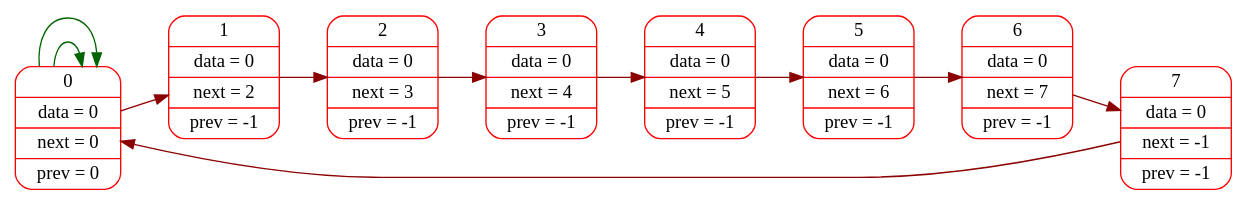
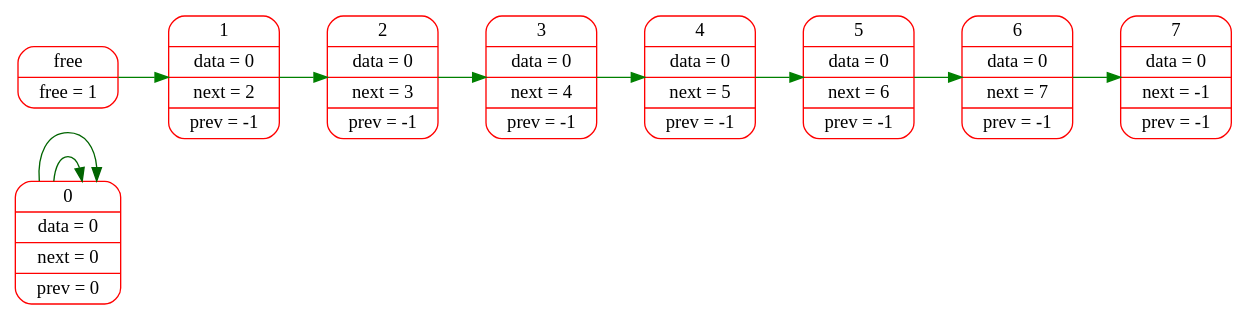
The diagram in logs/dot_files/000.dot (sevaphasol/list), drawn with Graphviz before and after one commit. The commit also changed 21 other files, not shown here.

```diff
--- a/logs/dot_files/000.dot
+++ b/logs/dot_files/000.dot
@@ -1,18 +1,19 @@
 digraph G{
 rankdir=LR;
 node[color="red",fontsize=14];
 elem0[shape="Mrecord", label="0 | data = 0 | next = 0 | prev = 0"];
-elem1[shape="Mrecord", label="1 | data = 0 | next = 2 | prev = -1"];
-elem2[shape="Mrecord", label="2 | data = 0 | next = 3 | prev = -1"];
-elem3[shape="Mrecord", label="3 | data = 0 | next = 4 | prev = -1"];
-elem4[shape="Mrecord", label="4 | data = 0 | next = 5 | prev = -1"];
-elem5[shape="Mrecord", label="5 | data = 0 | next = 6 | prev = -1"];
-elem6[shape="Mrecord", label="6 | data = 0 | next = 7 | prev = -1"];
-elem7[shape="Mrecord", label="7 | data = 0 | next = -1 | prev = -1"];
-edge[color="darkred",fontsize=12, penwidth=1, weight=1000];
-elem0->elem1->elem2->elem3->elem4->elem5->elem6->elem7->elem0;
 edge[color="darkgreen",fontsize=12, penwidth=1];
 elem0->elem0;
 edge[color="darkgreen",fontsize=12, penwidth=1];
 elem0->elem0;
+free[shape="Mrecord", label="free | free = 1"];
+free_elem1[shape="Mrecord", label="1 | data = 0 | next = 2 | prev = -1"];
+free_elem2[shape="Mrecord", label="2 | data = 0 | next = 3 | prev = -1"];
+free_elem3[shape="Mrecord", label="3 | data = 0 | next = 4 | prev = -1"];
+free_elem4[shape="Mrecord", label="4 | data = 0 | next = 5 | prev = -1"];
+free_elem5[shape="Mrecord", label="5 | data = 0 | next = 6 | prev = -1"];
+free_elem6[shape="Mrecord", label="6 | data = 0 | next = 7 | prev = -1"];
+free_elem7[shape="Mrecord", label="7 | data = 0 | next = -1 | prev = -1"];
+edge[color="green",fontsize=12, penwidth=1];
+free->free_elem1->free_elem2->free_elem3->free_elem4->free_elem5->free_elem6->free_elem7;
 }
```
